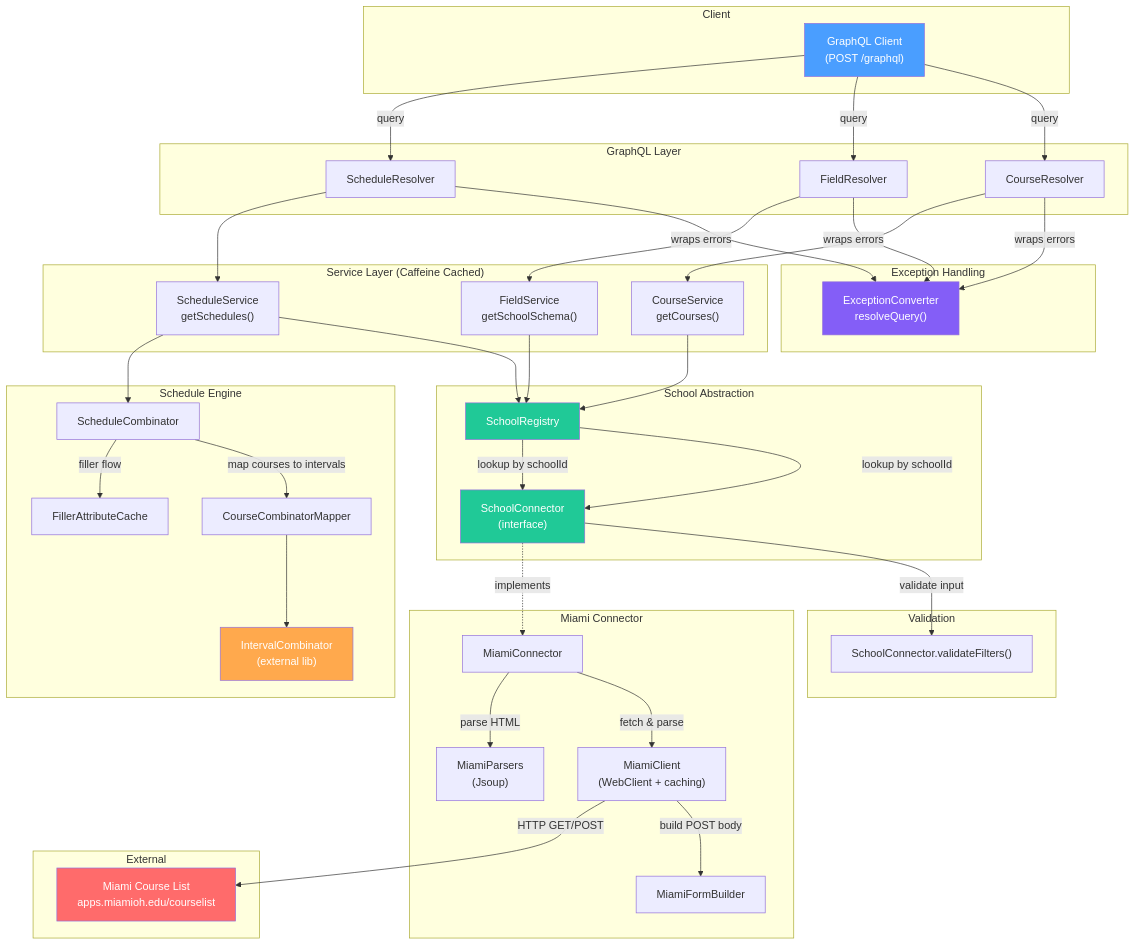
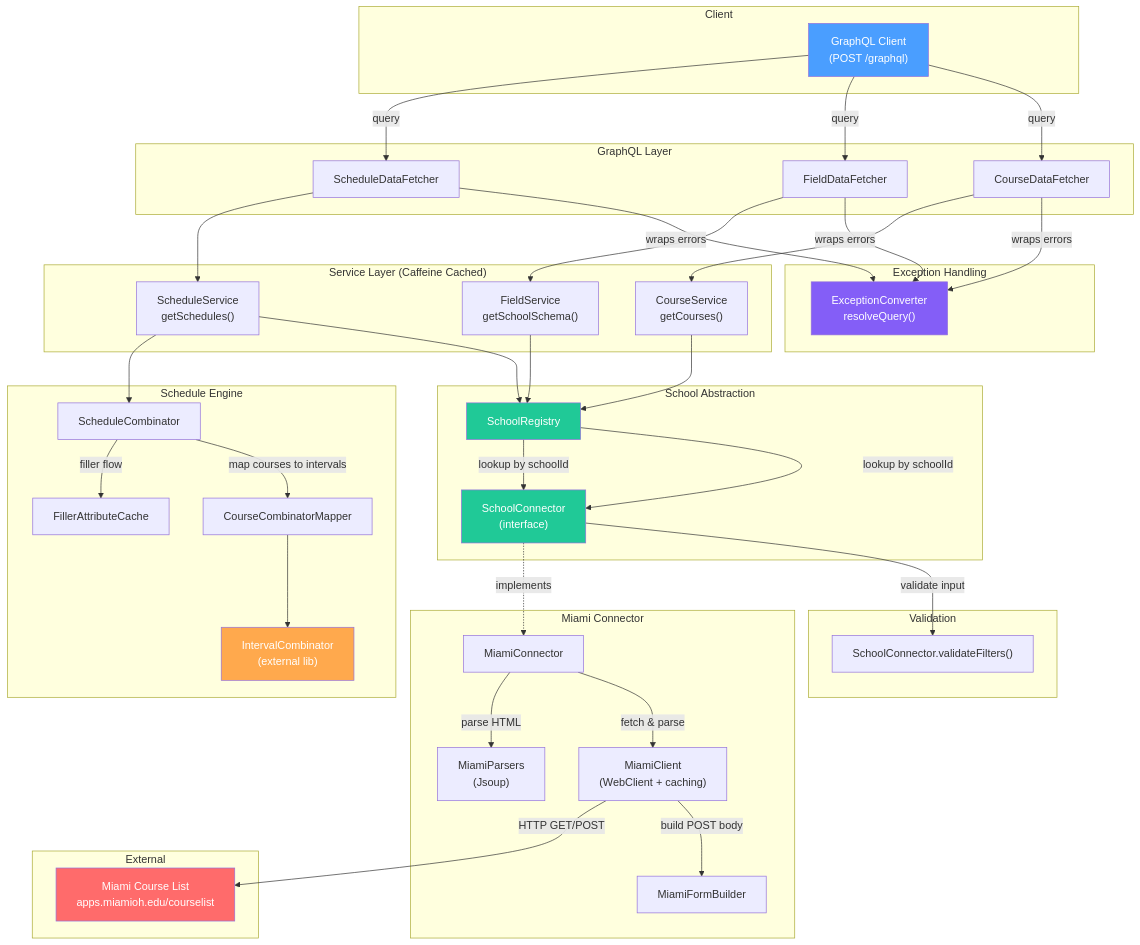
One commit to tomdh-git/Miami-CourseAPI changed the first of 4 diagrams in README.md. Above: the diagram before and after it, drawn with Mermaid. The commit also changed other lines of this file and 42 other files, not shown here.

```diff
--- a/README.md
+++ b/README.md
@@ -13,9 +13,9 @@
     end
 
     subgraph "GraphQL Layer"
-        CR["CourseResolver"]
-        FR["FieldResolver"]
-        SR["ScheduleResolver"]
+        CR["CourseDataFetcher"]
+        FR["FieldDataFetcher"]
+        SR["ScheduleDataFetcher"]
     end
 
     subgraph "Exception Handling"
```
